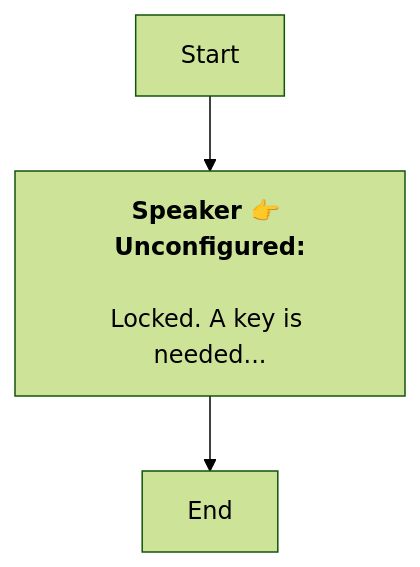
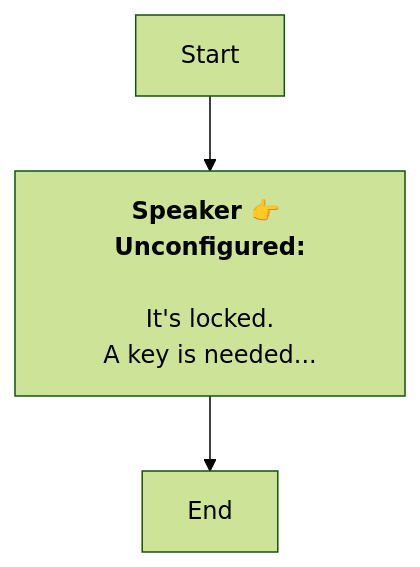
Before and after one commit to SoftHu/tos_avg: the diagram in En/RommCommon.md, drawn with Mermaid (forest theme). The commit also changed 297 other files, not shown here.

````diff
--- a/En/RommCommon.md
+++ b/En/RommCommon.md
@@ -1,8 +1,9 @@
 ```mermaid
 graph
 Start -->1730832777017438[<b>Speaker 👉 Unconfigured:</b>
 
-Locked. A key is needed...]
+It's locked.
+A key is needed...]
 1730832777017438 -->1730832796120159[End]
 
  ```
````
